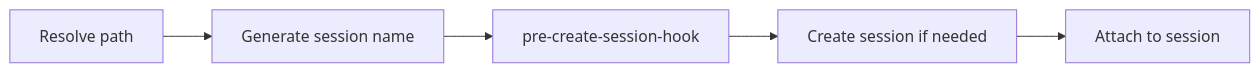
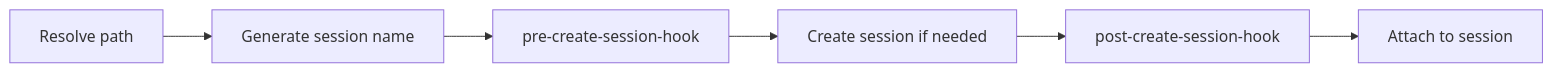
One commit to 27medkamal/tmux-session-wizard changed the diagram in README.md. Above: the diagram before and after it, drawn with Mermaid. The commit also changed other lines of this file and 4 other files, not shown here.

First line of the commit message:
feat: post-create-session-hook

````diff
--- a/README.md
+++ b/README.md
@@ -151,7 +151,8 @@
 ```mermaid
 flowchart LR
     A[Resolve path] --> B[Generate session name]
     B --> C[pre-create-session-hook]
     C --> D[Create session if needed]
-    D --> E[Attach to session]
+    D --> P[post-create-session-hook]
+    P --> E[Attach to session]
 ```
````
